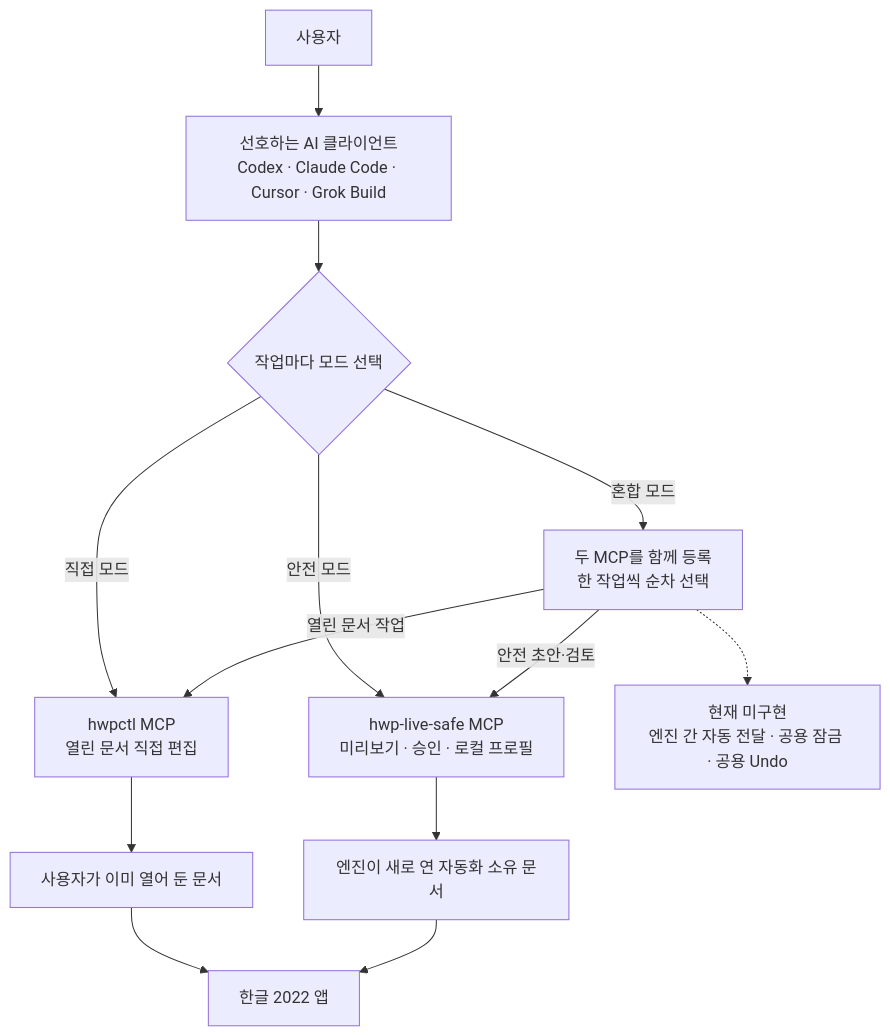
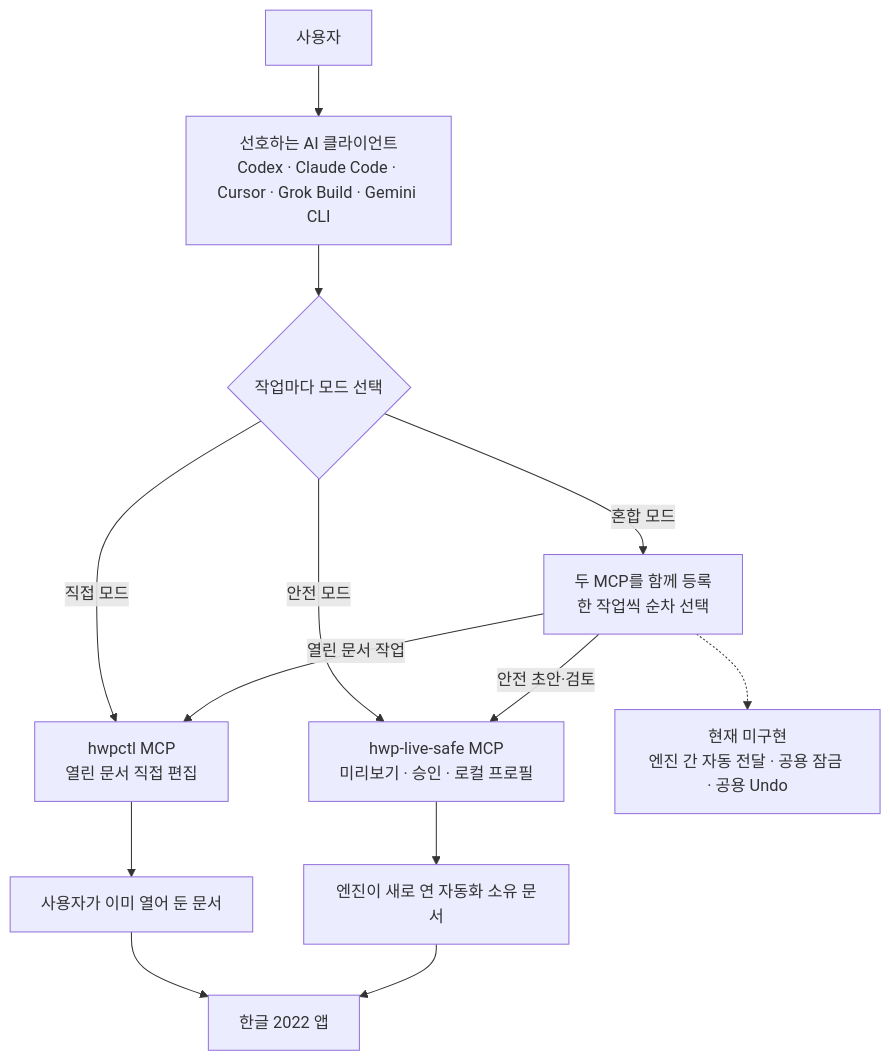
One commit to Jasujung99/hwp-ai-bridge changed the diagram in README.md. Above: the diagram before and after it, drawn with Mermaid. The commit also changed other lines of this file and 22 other files, not shown here.

````diff
--- a/README.md
+++ b/README.md
@@ -17,18 +17,18 @@
 ```mermaid
 flowchart TB
-    U["사용자"] --> C["선호하는 AI 클라이언트<br/>Codex · Claude Code · Cursor · Grok Build"]
+    U["사용자"] --> C["선호하는 AI 클라이언트<br/>Codex · Claude Code · Cursor · Grok Build · Gemini CLI"]
     C --> M{"작업마다 모드 선택"}
 
     M -->|"직접 모드"| D["hwpctl MCP<br/>열린 문서 직접 편집"]
     D --> OD["사용자가 이미 열어 둔 문서"]
     OD --> H["한글 2022 앱"]
 
     M -->|"안전 모드"| S["hwp-live-safe MCP<br/>미리보기 · 승인 · 로컬 프로필"]
     S --> ND["엔진이 새로 연 자동화 소유 문서"]
     ND --> H
 
     M -->|"혼합 모드"| Q["두 MCP를 함께 등록<br/>한 작업씩 순차 선택"]
     Q -->|"열린 문서 작업"| D
     Q -->|"안전 초안·검토"| S
     Q -.-> X["현재 미구현<br/>엔진 간 자동 전달 · 공용 잠금 · 공용 Undo"]
 ```
````
